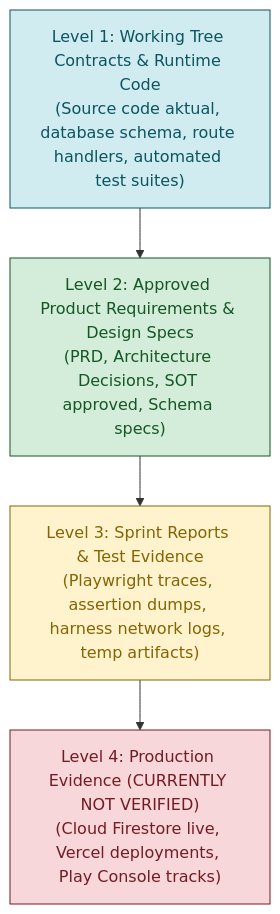
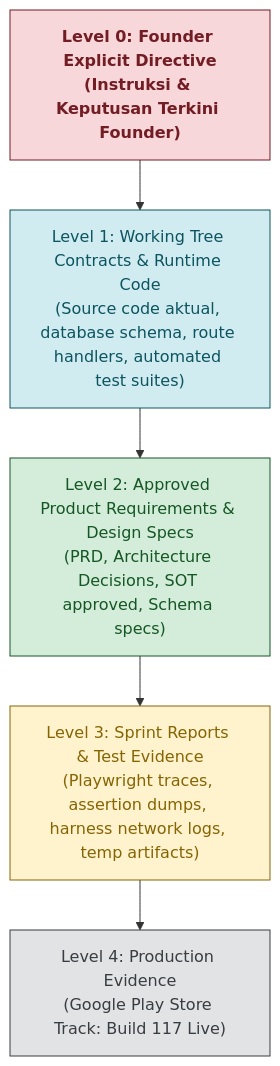
The diagram in docs/sot/SOT_INDEX.md (wizzare/bhumi-amartya), drawn with Mermaid before and after one commit. The commit also changed other lines of this file and 42 other files, not shown here.

````diff
--- a/docs/sot/SOT_INDEX.md
+++ b/docs/sot/SOT_INDEX.md
@@ -16,21 +17,25 @@
 ```mermaid
 flowchart TD
+    L0["Level 0: Founder Explicit Directive\n(Instruksi & Keputusan Terkini Founder)"]
     L1["Level 1: Working Tree Contracts & Runtime Code\n(Source code aktual, database schema, route handlers, automated test suites)"]
     L2["Level 2: Approved Product Requirements & Design Specs\n(PRD, Architecture Decisions, SOT approved, Schema specs)"]
     L3["Level 3: Sprint Reports & Test Evidence\n(Playwright traces, assertion dumps, harness network logs, temp artifacts)"]
-    L4["Level 4: Production Evidence (CURRENTLY NOT VERIFIED)\n(Cloud Firestore live, Vercel deployments, Play Console tracks)"]
+    L4["Level 4: Production Evidence\n(Google Play Store Track: Build 117 Live)"]
 
+    L0 --> L1
     L1 --> L2
     L2 --> L3
     L3 --> L4
 
+    classDef l0 fill:#f8d7da,stroke:#721c24,color:#721c24,font-weight:bold;
     classDef l1 fill:#d1ecf1,stroke:#0c5460,color:#0c5460;
     classDef l2 fill:#d4edda,stroke:#155724,color:#155724;
     classDef l3 fill:#fff3cd,stroke:#856404,color:#856404;
-    classDef l4 fill:#f8d7da,stroke:#721c24,color:#721c24;
+    classDef l4 fill:#e2e3e5,stroke:#383d41,color:#383d41;
 
+    class L0 l0;
     class L1 l1;
     class L2 l2;
     class L3 l3;
     class L4 l4;
 ```
````
